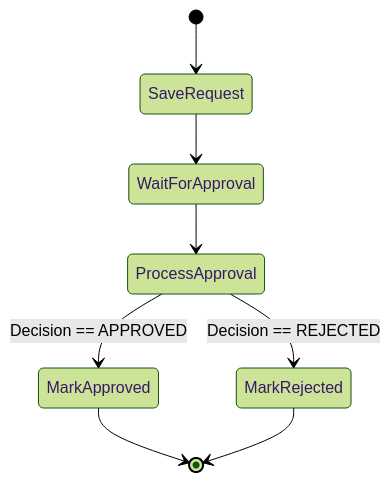
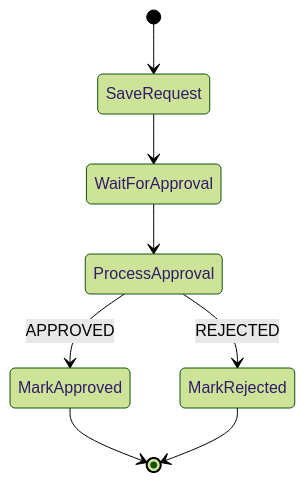
The second of 2 diagrams in EXPLANATION.md (bryanwork6099/serverless-certification-approval-system), drawn with Mermaid (forest theme) before and after one commit. The commit also changed other lines of this file, not shown here.

````diff
--- a/EXPLANATION.md
+++ b/EXPLANATION.md
@@ -77,13 +230,16 @@
 ```mermaid
 stateDiagram-v2
     [*] --> SaveRequest
+
     SaveRequest --> WaitForApproval
+
     WaitForApproval --> ProcessApproval
-    
-    state ProcessApproval <<Choice>>
-    ProcessApproval --> MarkApproved : Decision == APPROVED
-    ProcessApproval --> MarkRejected : Decision == REJECTED
-    
+
+    state ProcessApproval <<choice>>
+
+    ProcessApproval --> MarkApproved: APPROVED
+    ProcessApproval --> MarkRejected: REJECTED
+
     MarkApproved --> [*]
     MarkRejected --> [*]
 ```
````
